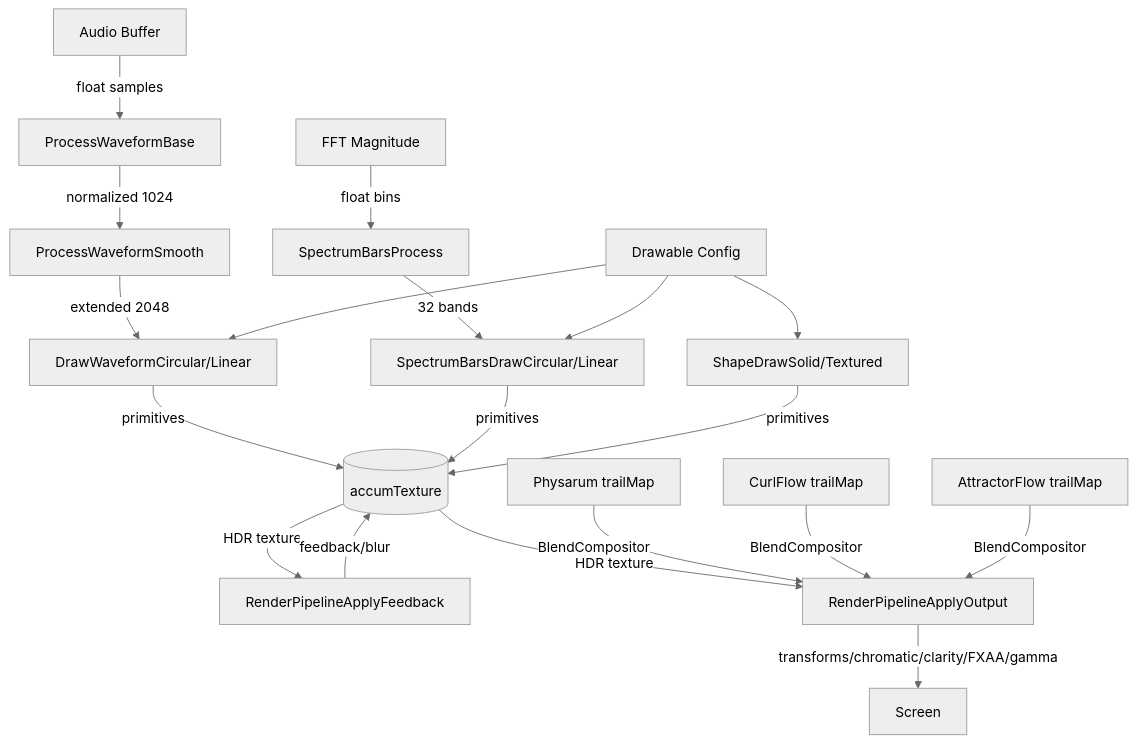
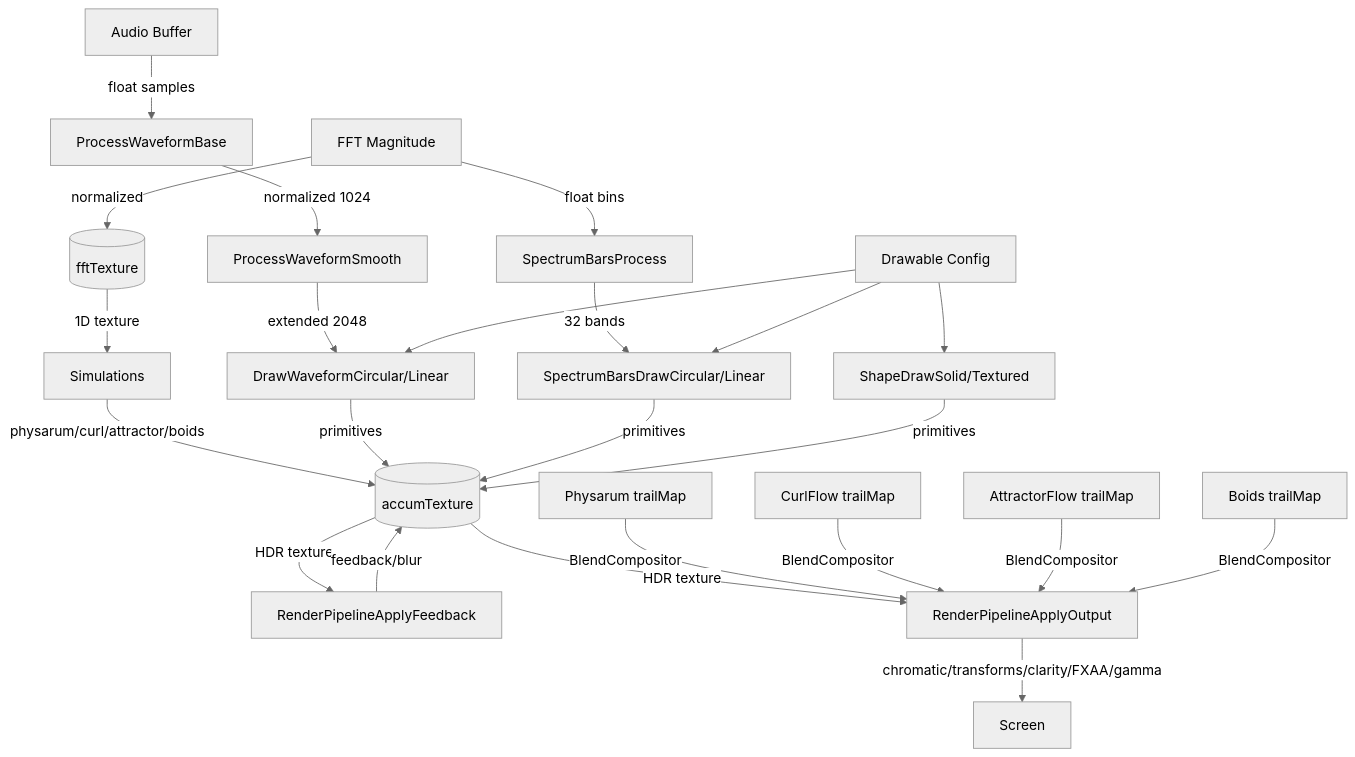
Before and after one commit to EvanLavender13/audio-jones: the diagram in docs/modules/render.md, drawn with Mermaid (neutral theme). The commit also changed other lines of this file and 6 other files, not shown here.

First line of the commit message:
Sync architecture documentation with codebase

````diff
--- a/docs/modules/render.md
+++ b/docs/modules/render.md
@@ -27,26 +27,30 @@
 ```mermaid
 graph TD
     Audio[Audio Buffer] -->|float samples| WP[ProcessWaveformBase]
     WP -->|normalized 1024| PS[ProcessWaveformSmooth]
     PS -->|extended 2048| Draw[DrawWaveformCircular/Linear]
 
     FFT[FFT Magnitude] -->|float bins| SBP[SpectrumBarsProcess]
     SBP -->|32 bands| SBD[SpectrumBarsDrawCircular/Linear]
+    FFT -->|normalized| FFTTex[(fftTexture)]
+    FFTTex -->|1D texture| Sims
 
     Config[Drawable Config] --> Draw
     Config --> SBD
     Config --> Shape[ShapeDrawSolid/Textured]
 
-    Draw -->|primitives| Accum[(accumTexture)]
+    Sims[Simulations] -->|physarum/curl/attractor/boids| Accum[(accumTexture)]
+    Accum -->|HDR texture| Feedback[RenderPipelineApplyFeedback]
+    Feedback -->|feedback/blur| Accum
+
+    Draw -->|primitives| Accum
     SBD -->|primitives| Accum
     Shape -->|primitives| Accum
-
-    Accum -->|HDR texture| Feedback[RenderPipelineApplyFeedback]
-    Feedback -->|feedback/blur| Accum
 
     Accum -->|HDR texture| Output[RenderPipelineApplyOutput]
     Physarum[Physarum trailMap] -->|BlendCompositor| Output
     CurlFlow[CurlFlow trailMap] -->|BlendCompositor| Output
     AttractorFlow[AttractorFlow trailMap] -->|BlendCompositor| Output
-    Output -->|transforms/chromatic/clarity/FXAA/gamma| Screen[Screen]
+    Boids[Boids trailMap] -->|BlendCompositor| Output
+    Output -->|chromatic/transforms/clarity/FXAA/gamma| Screen[Screen]
 ```
````
